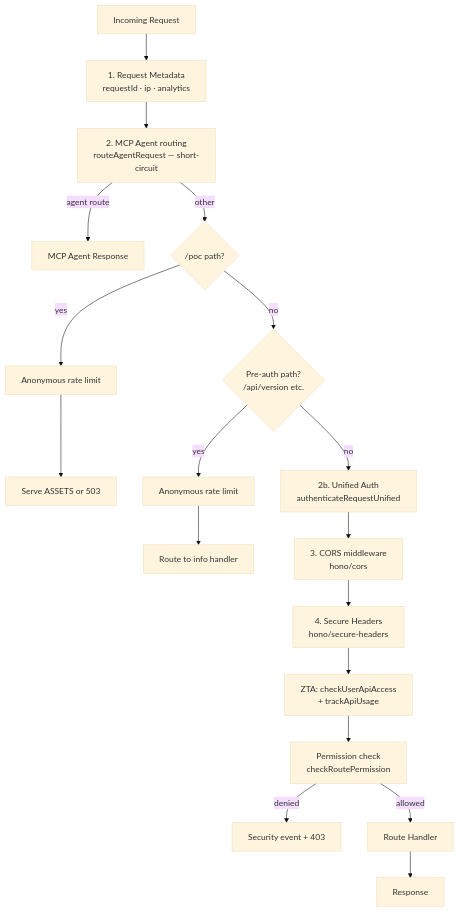
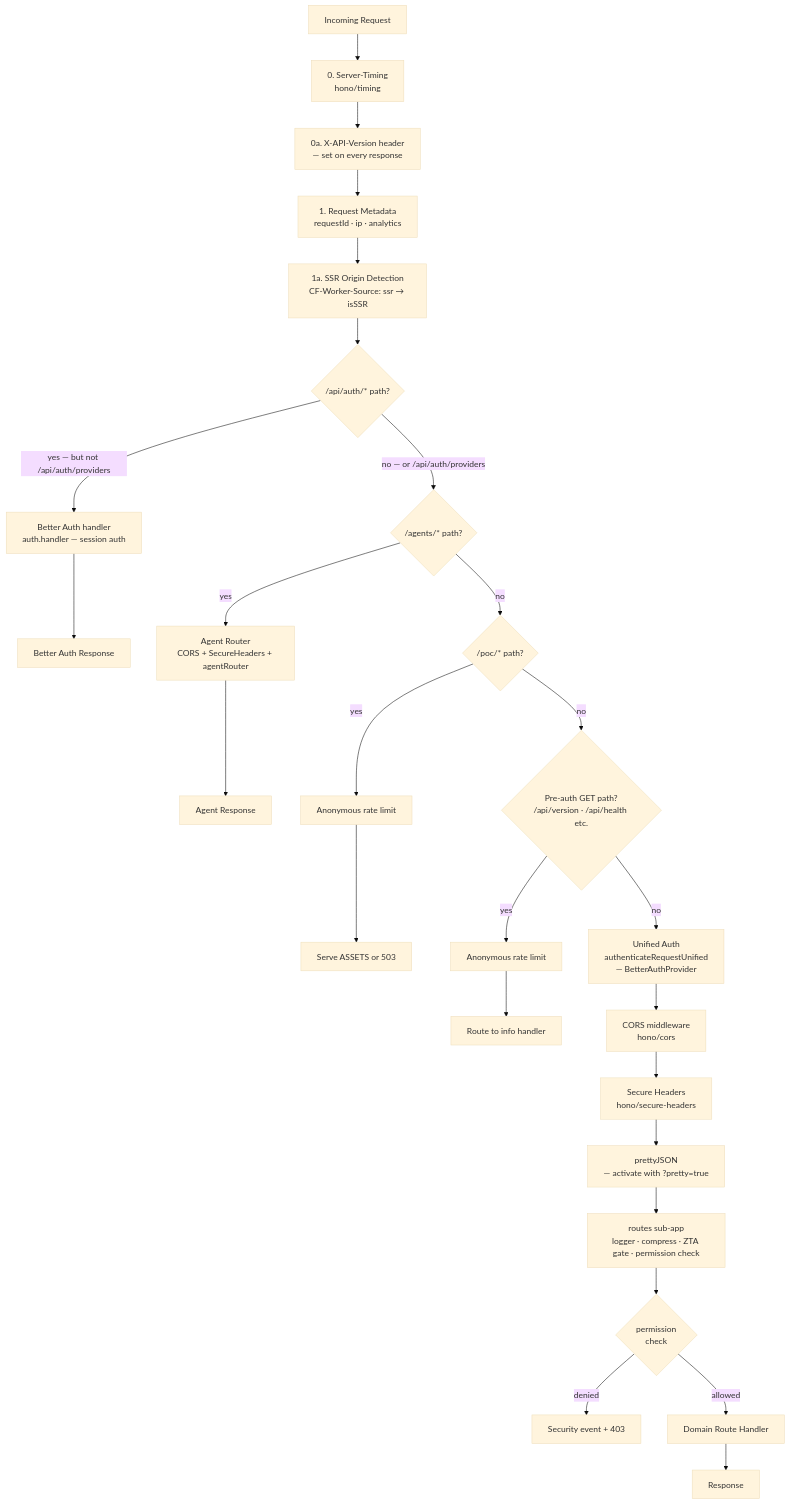
The first of 2 diagrams in docs/architecture/hono-routing.md (jaypatrick/adblock-compiler), drawn with Mermaid (base theme) before and after one commit. The commit also changed other lines of this file and 2 other files, not shown here.

Commit message:
docs: update architecture and API reference documentation
- SYSTEM_ARCHITECTURE.md: replace STATIC_ASSETS→ASSETS binding, remove
  deprecated Clerk node, add BetterAuth inside MonolithWorker/APIWorker
  subgraphs, mark FrontendAPI service binding as wired, update summaries

- hono-routing.md: replace stale middleware pipeline flowchart with
  accurate 11-step diagram (timing, X-API-Version, metadata, SSR
  detection, Better Auth handler, agent router, POC/pre-auth paths,
  unified auth, CORS, secure headers, prettyJSON, routes sub-app);
  add isSSR to context variable table; update tRPC description

- api-reference.md: replace JSDoc-only stub with comprehensive REST +
  library reference including auth methods, rate-limit tiers, ~60-row
  endpoint summary table, curl examples, and further-reading links

Agent-Logs-Url: https://github.com/jaypatrick/adblock-compiler/sessions/80a9ff5c-00a8-4f68-9bdf-12a409f10bec

````diff
--- a/docs/architecture/hono-routing.md
+++ b/docs/architecture/hono-routing.md
@@ -20,20 +20,28 @@
 ```mermaid
 flowchart TD
-    R[Incoming Request] --> M1[1. Request Metadata\nrequestId · ip · analytics]
-    M1 --> M2[2. MCP Agent routing\nrouteAgentRequest — short-circuit]
-    M2 -->|agent route| AR[MCP Agent Response]
-    M2 -->|other| POC{/poc path?}
+    R[Incoming Request] --> T[0. Server-Timing\nhono/timing]
+    T --> AV[0a. X-API-Version header\n— set on every response]
+    AV --> M1[1. Request Metadata\nrequestId · ip · analytics]
+    M1 --> SSR[1a. SSR Origin Detection\nCF-Worker-Source: ssr → isSSR]
+    SSR --> BA{/api/auth/* path?}
+    BA -->|yes — but not /api/auth/providers| BAH[Better Auth handler\nauth.handler — session auth]
+    BAH --> BARES[Better Auth Response]
+    BA -->|no — or /api/auth/providers| AGENTS{/agents/* path?}
+    AGENTS -->|yes| AGR[Agent Router\nCORS + SecureHeaders + agentRouter]
+    AGR --> AGRES[Agent Response]
+    AGENTS -->|no| POC{/poc/* path?}
     POC -->|yes| POCRL[Anonymous rate limit]
     POCRL --> POCASSETS[Serve ASSETS or 503]
-    POC -->|no| PREAUTH{Pre-auth path?\n/api/version etc.}
+    POC -->|no| PREAUTH{Pre-auth GET path?\n/api/version · /api/health etc.}
     PREAUTH -->|yes| PREAUTHRL[Anonymous rate limit]
     PREAUTHRL --> PREAUTHROUTE[Route to info handler]
-    PREAUTH -->|no| AUTH[2b. Unified Auth\nauthenticateRequestUnified]
-    AUTH --> CORS[3. CORS middleware\nhono/cors]
-    CORS --> SECURE[4. Secure Headers\nhono/secure-headers]
-    SECURE --> ZTA[ZTA: checkUserApiAccess\n+ trackApiUsage]
-    ZTA --> PERM[Permission check\ncheckRoutePermission]
+    PREAUTH -->|no| AUTH[Unified Auth\nauthenticateRequestUnified\n— BetterAuthProvider]
+    AUTH --> CORS[CORS middleware\nhono/cors]
+    CORS --> SECURE[Secure Headers\nhono/secure-headers]
+    SECURE --> PJ[prettyJSON\n— activate with ?pretty=true]
+    PJ --> ZTA[routes sub-app\nlogger · compress · ZTA gate · permission check]
+    ZTA --> PERM{permission\ncheck}
     PERM -->|denied| SEC[Security event + 403]
-    PERM -->|allowed| ROUTE[Route Handler]
+    PERM -->|allowed| ROUTE[Domain Route Handler]
     ROUTE --> RESP[Response]
 ```
````
